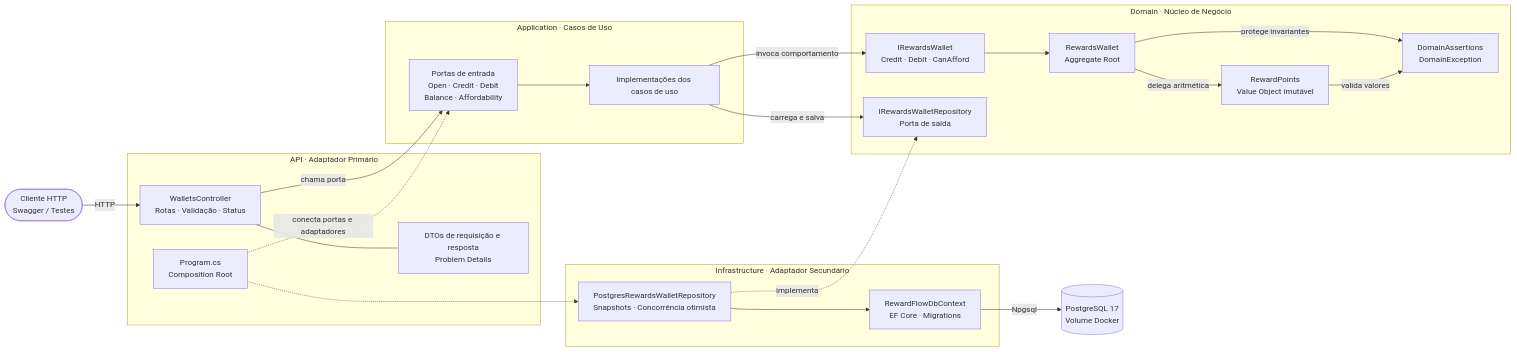
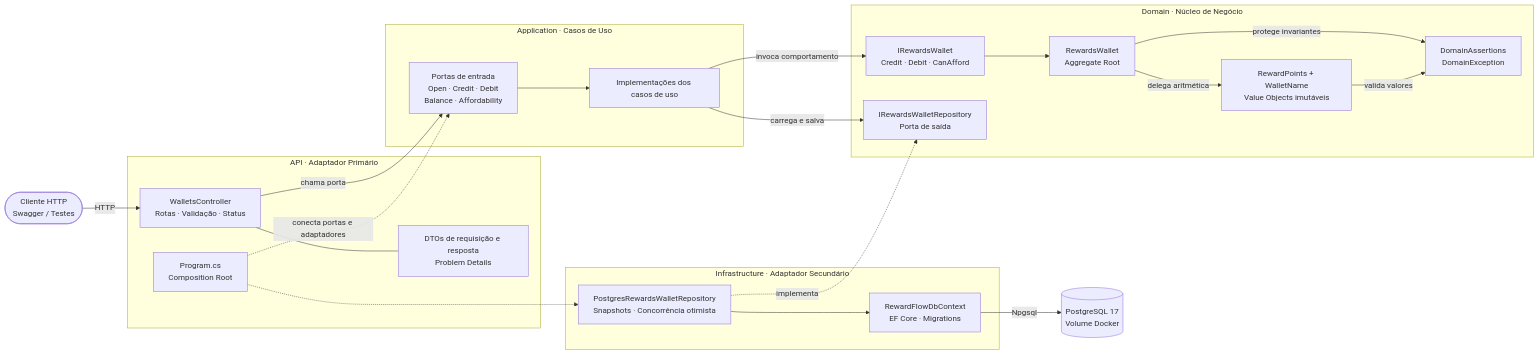
The second of 4 diagrams in README.pt-BR.md (rfulgencio3/RewardFlow.SuppleDesign), drawn with Mermaid before and after one commit. The commit also changed other lines of this file and 30 other files, not shown here.

```diff
--- a/README.pt-BR.md
+++ b/README.pt-BR.md
@@ -196,45 +203,45 @@
 ~~~mermaid
 flowchart LR
     Client([Cliente HTTP<br/>Swagger / Testes])
 
     subgraph Api["API · Adaptador Primário"]
         Controller["WalletsController<br/>Rotas · Validação · Status"]
         DTOs["DTOs de requisição e resposta<br/>Problem Details"]
         Composition["Program.cs<br/>Composition Root"]
         Controller --- DTOs
     end
 
     subgraph Application["Application · Casos de Uso"]
         InboundPorts["Portas de entrada<br/>Open · Credit · Debit<br/>Balance · Affordability"]
         UseCases["Implementações dos casos de uso"]
         InboundPorts --> UseCases
     end
 
     subgraph Domain["Domain · Núcleo de Negócio"]
         WalletPort["IRewardsWallet<br/>Credit · Debit · CanAfford"]
         Wallet["RewardsWallet<br/>Aggregate Root"]
-        Points["RewardPoints<br/>Value Object imutável"]
+        Points["RewardPoints + WalletName<br/>Value Objects imutáveis"]
         Rules["DomainAssertions<br/>DomainException"]
         RepositoryPort["IRewardsWalletRepository<br/>Porta de saída"]
         WalletPort --> Wallet
         Wallet -->|delega aritmética| Points
         Wallet -->|protege invariantes| Rules
         Points -->|valida valores| Rules
     end
 
     subgraph Infrastructure["Infrastructure · Adaptador Secundário"]
         Repository["PostgresRewardsWalletRepository<br/>Snapshots · Concorrência otimista"]
         DbContext["RewardFlowDbContext<br/>EF Core · Migrations"]
         Repository --> DbContext
     end
 
     Database[(PostgreSQL 17<br/>Volume Docker)]
     Client -->|HTTP| Controller
     Controller -->|chama porta| InboundPorts
     UseCases -->|invoca comportamento| WalletPort
     UseCases -->|carrega e salva| RepositoryPort
     Repository -.->|implementa| RepositoryPort
     DbContext -->|Npgsql| Database
     Composition -.->|conecta portas e adaptadores| InboundPorts
     Composition -.-> Repository
 ~~~
```
